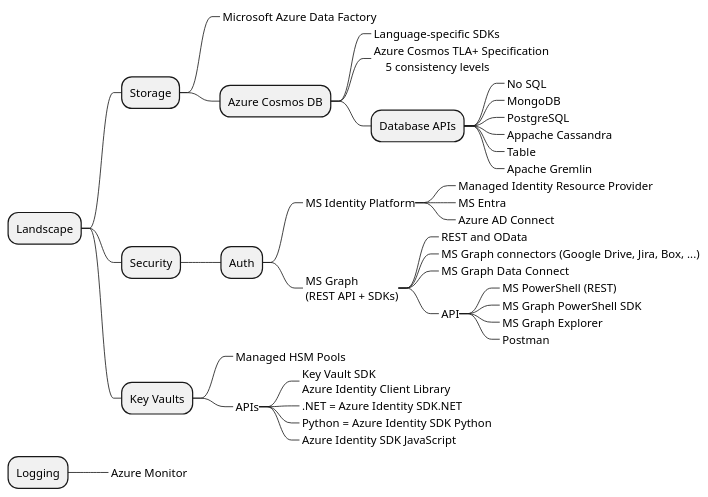
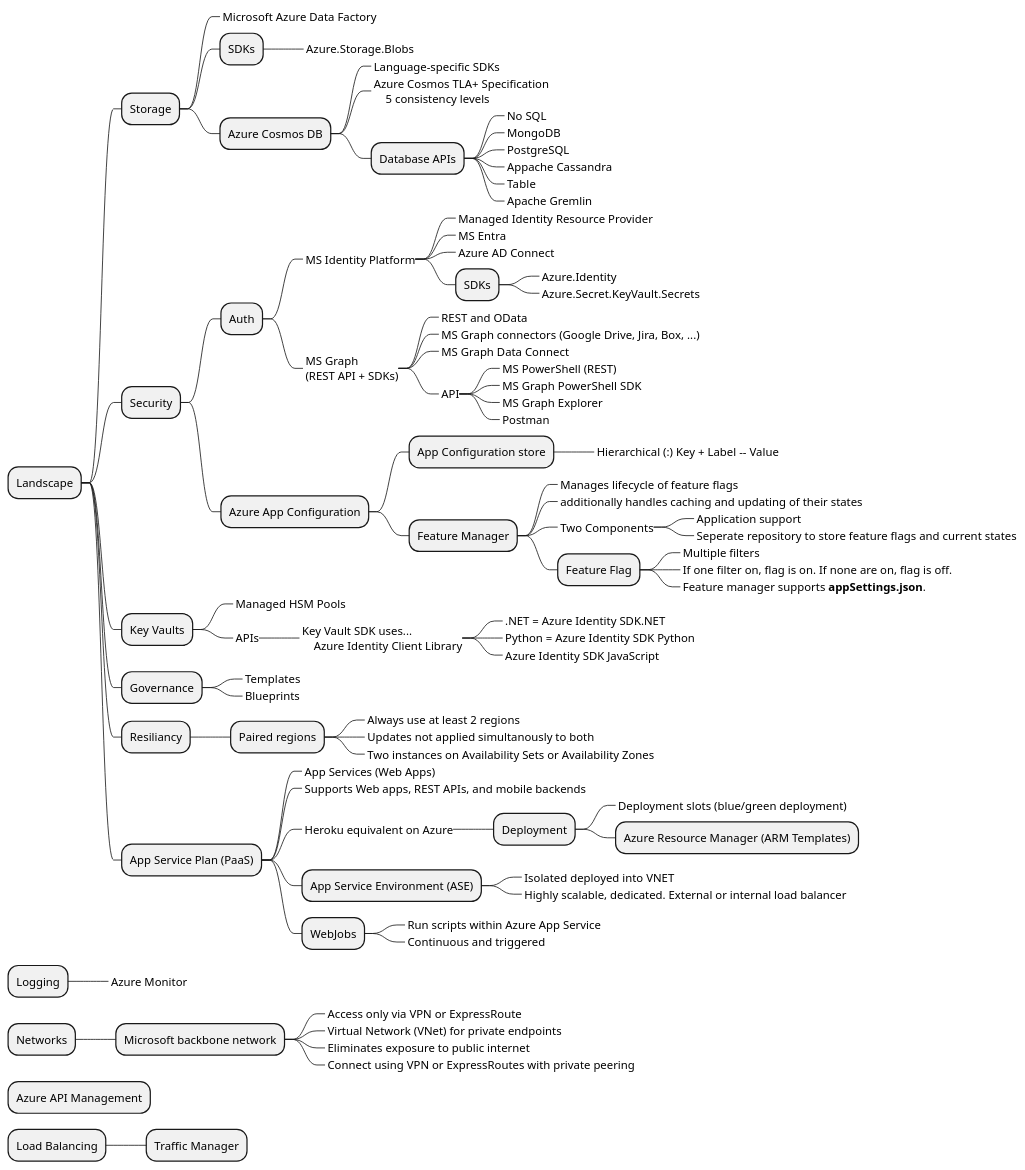
The diagram in az-204/_landscape.plantuml (bobbyache/study-diagrams), drawn with PlantUML before and after one commit. The commit also changed 5 other files, not shown here.

Commit message:
Security diagram updates

```diff
--- a/az-204/_landscape.plantuml
+++ b/az-204/_landscape.plantuml
@@ -1,47 +1,100 @@
 @startmindmap "Landscape"
 
 + Landscape
 ++ Storage
 +++_ Microsoft Azure Data Factory
++++ SDKs
+++++_ Azure.Storage.Blobs
 
 +++ Azure Cosmos DB
 ++++_ Language-specific SDKs
 ++++_ Azure Cosmos TLA+ Specification\n    5 consistency levels
 ++++ Database APIs
 +++++_ No SQL
 +++++_ MongoDB
 +++++_ PostgreSQL
 +++++_ Appache Cassandra
 +++++_ Table
 +++++_ Apache Gremlin
 
 ++ Security
 +++ Auth
 ++++_ MS Identity Platform
 +++++_ Managed Identity Resource Provider
 +++++_ MS Entra
 +++++_ Azure AD Connect
++++++ SDKs
+++++++_ Azure.Identity
+++++++_ Azure.Secret.KeyVault.Secrets
 ++++_ MS Graph\n(REST API + SDKs)
 +++++_ REST and OData
 +++++_ MS Graph connectors (Google Drive, Jira, Box, ...)
 +++++_ MS Graph Data Connect
 +++++_ API
 ++++++_ MS PowerShell (REST)
 ++++++_ MS Graph PowerShell SDK
 ++++++_ MS Graph Explorer
 ++++++_ Postman
++++ Azure App Configuration
+++++ App Configuration store
++++++_ Hierarchical (:) Key + Label -- Value
+++++ Feature Manager
++++++_ Manages lifecycle of feature flags
++++++_ additionally handles caching and updating of their states
++++++_ Two Components
+++++++_ Application support
+++++++_ Seperate repository to store feature flags and current states
++++++ Feature Flag
+++++++_ Multiple filters
+++++++_ If one filter on, flag is on. If none are on, flag is off.
+++++++_ Feature manager supports **appSettings.json**.
+
 
 ++ Key Vaults
 +++_ Managed HSM Pools
 +++_ APIs
-++++_ Key Vault SDK\nAzure Identity Client Library
-++++_ .NET = Azure Identity SDK.NET
-++++_ Python = Azure Identity SDK Python
-++++_ Azure Identity SDK JavaScript
+++++_ Key Vault SDK uses...\n    Azure Identity Client Library
++++++_ .NET = Azure Identity SDK.NET
++++++_ Python = Azure Identity SDK Python
++++++_ Azure Identity SDK JavaScript
+
+++ Governance
++++_ Templates
++++_ Blueprints
+
+++ Resiliancy
++++ Paired regions
+++++_ Always use at least 2 regions
+++++_ Updates not applied simultanously to both
+++++_ Two instances on Availability Sets or Availability Zones
+
+++ App Service Plan (PaaS)
++++_ App Services (Web Apps)
++++_ Supports Web apps, REST APIs, and mobile backends
++++_ Heroku equivalent on Azure
+++++ Deployment
++++++_ Deployment slots (blue/green deployment)
++++++ Azure Resource Manager (ARM Templates)
++++ App Service Environment (ASE)
+++++_ Isolated deployed into VNET
+++++_ Highly scalable, dedicated. External or internal load balancer
++++ WebJobs
+++++_ Run scripts within Azure App Service
+++++_ Continuous and triggered
 
 + Logging
 ++_ Azure Monitor
 
++ Networks
+++ Microsoft backbone network
++++_ Access only via VPN or ExpressRoute
++++_ Virtual Network (VNet) for private endpoints
++++_ Eliminates exposure to public internet
++++_ Connect using VPN or ExpressRoutes with private peering
 
++ Azure API Management
+
++ Load Balancing
+++ Traffic Manager
 
 @endmindmap
```
